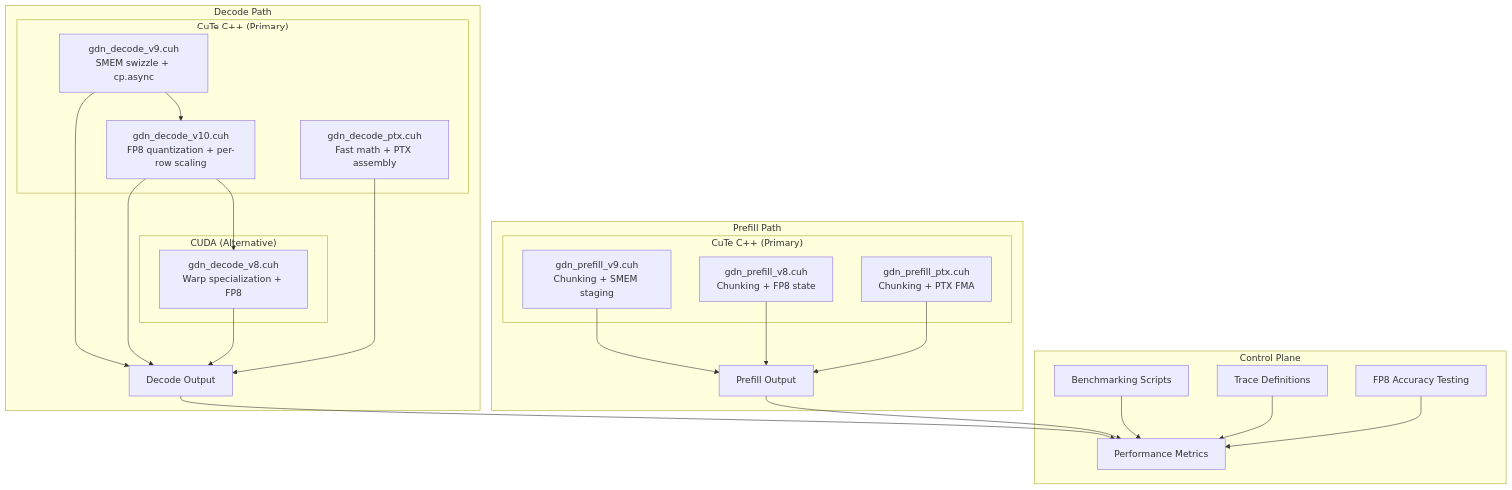
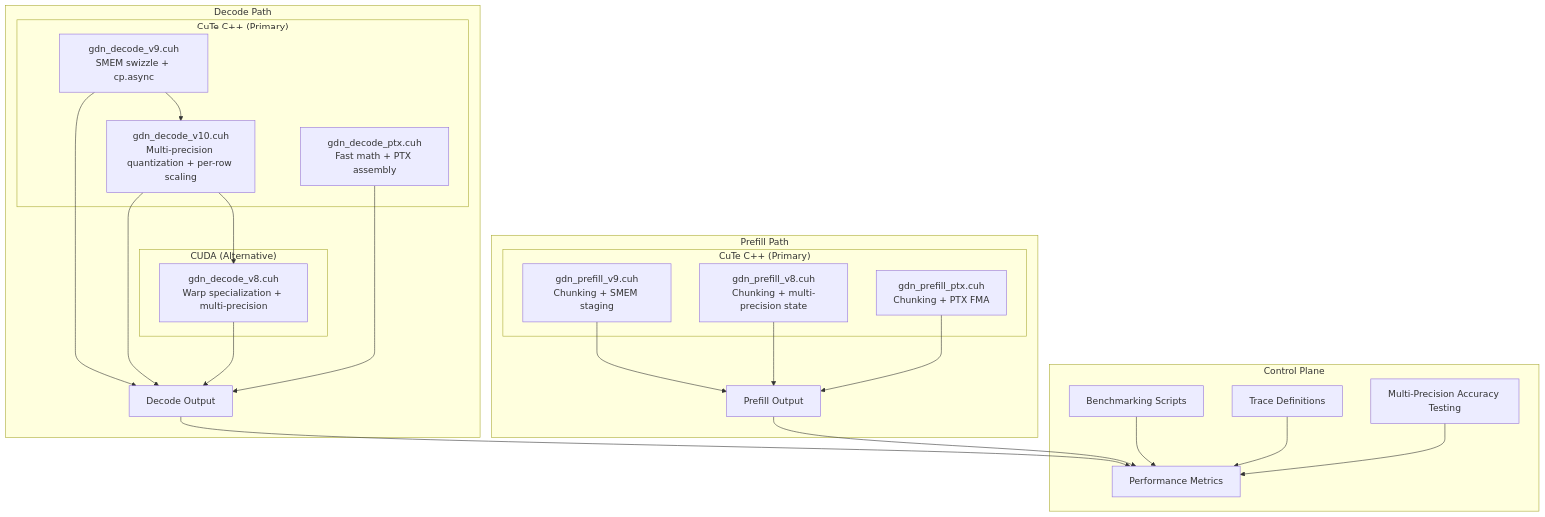
Before and after one commit to gugudeshubao/flashinfer-bench-tma-thrust: the second of 7 diagrams in .qoder/repowiki/en/content/Optimization Strategies/Optimization Tracking Log.md, drawn with Mermaid. The commit also changed other lines of this file and 4 other files, not shown here.

First line of the commit message:
refactor: Rename test_fp8_accuracy.py to test_quantization_accuracy.py

````diff
--- a/.qoder/repowiki/en/content/Optimization Strategies/Optimization Tracking Log.md
+++ b/.qoder/repowiki/en/content/Optimization Strategies/Optimization Tracking Log.md
@@ -161,39 +163,39 @@
 ```mermaid
 graph TB
 subgraph "Decode Path"
 subgraph "CuTe C++ (Primary)"
 D9["gdn_decode_v9.cuh<br/>SMEM swizzle + cp.async"]
-D10["gdn_decode_v10.cuh<br/>FP8 quantization + per-row scaling"]
+D10["gdn_decode_v10.cuh<br/>Multi-precision quantization + per-row scaling"]
 P9["gdn_decode_ptx.cuh<br/>Fast math + PTX assembly"]
 end
 subgraph "CUDA (Alternative)"
-D8["gdn_decode_v8.cuh<br/>Warp specialization + FP8"]
+D8["gdn_decode_v8.cuh<br/>Warp specialization + multi-precision"]
 end
 D9 --> D10 --> D8
 D9 --> D9_OUT["Decode Output"]
 D10 --> D9_OUT
 D8 --> D9_OUT
 P9 --> D9_OUT
 end
 subgraph "Prefill Path"
 subgraph "CuTe C++ (Primary)"
 P9V["gdn_prefill_v9.cuh<br/>Chunking + SMEM staging"]
-P8V["gdn_prefill_v8.cuh<br/>Chunking + FP8 state"]
+P8V["gdn_prefill_v8.cuh<br/>Chunking + multi-precision state"]
 P9PV["gdn_prefill_ptx.cuh<br/>Chunking + PTX FMA"]
 end
 P9V --> P9V_OUT["Prefill Output"]
 P8V --> P9V_OUT
 P9PV --> P9V_OUT
 end
 subgraph "Control Plane"
 BENCH["Benchmarking Scripts"]
 TRACE["Trace Definitions"]
 PERF["Performance Metrics"]
-TEST["FP8 Accuracy Testing"]
+TEST["Multi-Precision Accuracy Testing"]
 end
 D9_OUT --> PERF
 P9V_OUT --> PERF
 BENCH --> PERF
 TRACE --> PERF
 TEST --> PERF
 ```
````
